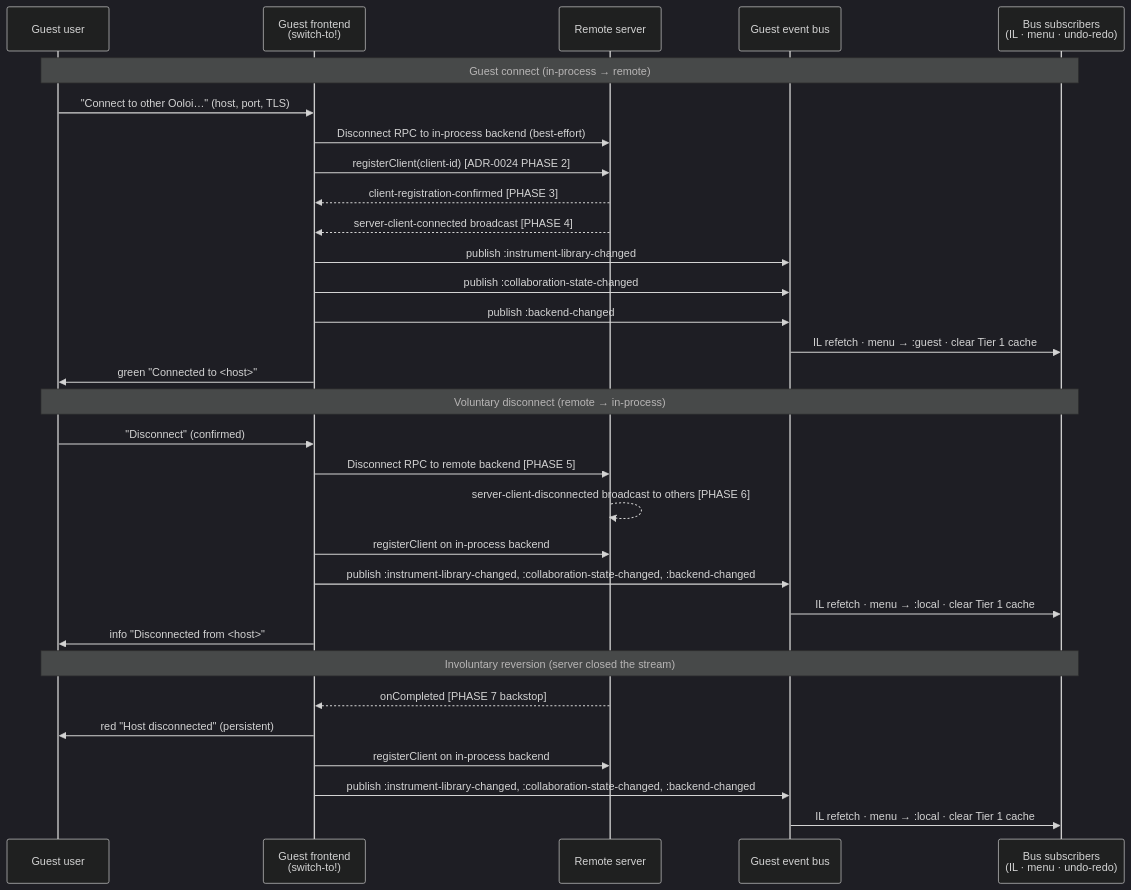
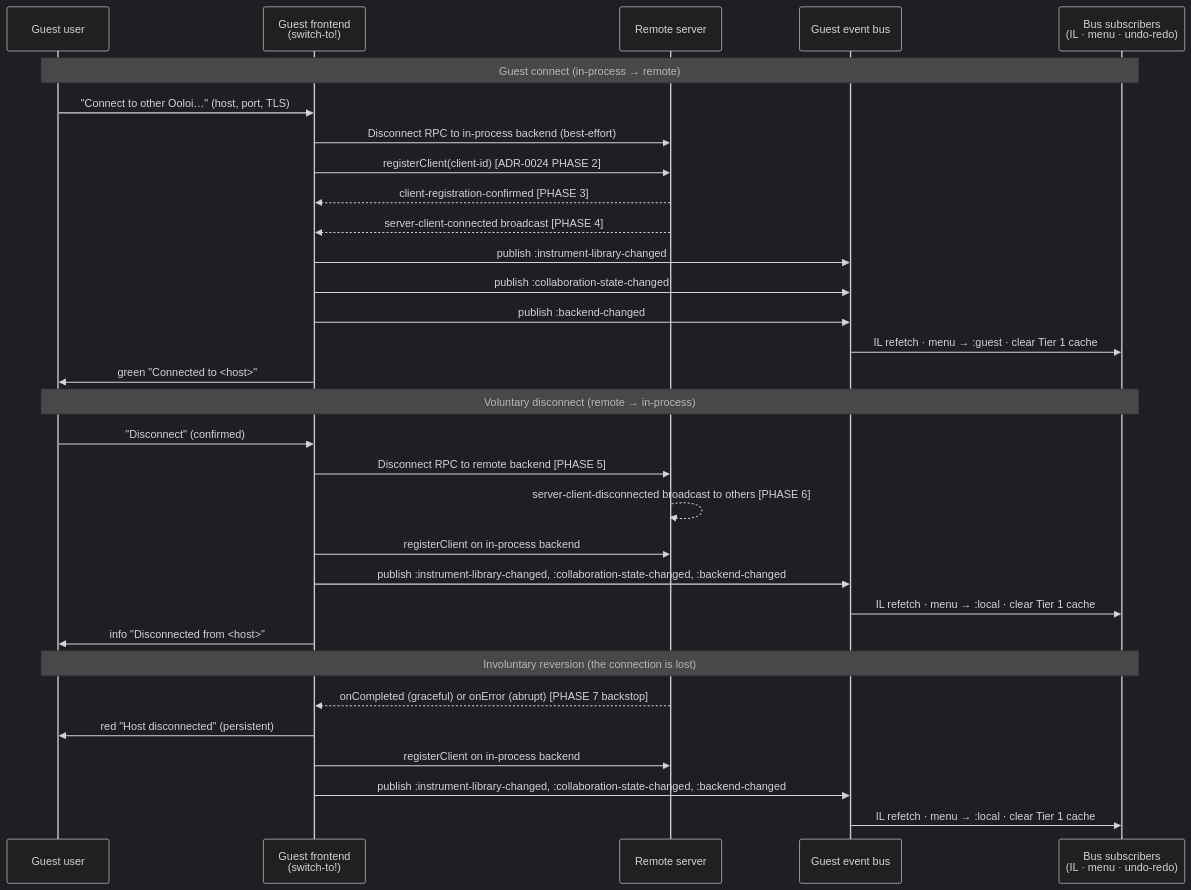
The third of 3 diagrams in ADRs/0036-Collaborative-Sessions-and-Hybrid-Transport.md (PeterBengtson/Ooloi-docs), drawn with Mermaid (dark theme) before and after one commit. The commit also changed other lines of this file and 3 other files, not shown here.

````diff
--- a/ADRs/0036-Collaborative-Sessions-and-Hybrid-Transport.md
+++ b/ADRs/0036-Collaborative-Sessions-and-Hybrid-Transport.md
@@ -320,36 +320,36 @@
 ```mermaid
 sequenceDiagram
     participant U as Guest user
     participant FE as Guest frontend<br/>(switch-to!)
     participant SRV as Remote server
     participant BUS as Guest event bus
     participant SUB as Bus subscribers<br/>(IL · menu · undo-redo)
 
     Note over U,SUB: Guest connect (in-process → remote)
     U->>FE: "Connect to other Ooloi…" (host, port, TLS)
     FE->>SRV: Disconnect RPC to in-process backend (best-effort)
     FE->>SRV: registerClient(client-id)  [ADR-0024 PHASE 2]
     SRV-->>FE: client-registration-confirmed  [PHASE 3]
     SRV-->>FE: server-client-connected broadcast  [PHASE 4]
     FE->>BUS: publish :instrument-library-changed
     FE->>BUS: publish :collaboration-state-changed
     FE->>BUS: publish :backend-changed
     BUS->>SUB: IL refetch · menu → :guest · clear Tier 1 cache
     FE->>U: green "Connected to <host>"
 
     Note over U,SUB: Voluntary disconnect (remote → in-process)
     U->>FE: "Disconnect" (confirmed)
     FE->>SRV: Disconnect RPC to remote backend  [PHASE 5]
     SRV-->>SRV: server-client-disconnected broadcast to others  [PHASE 6]
     FE->>SRV: registerClient on in-process backend
     FE->>BUS: publish :instrument-library-changed, :collaboration-state-changed, :backend-changed
     BUS->>SUB: IL refetch · menu → :local · clear Tier 1 cache
     FE->>U: info "Disconnected from <host>"
 
-    Note over U,SUB: Involuntary reversion (server closed the stream)
-    SRV-->>FE: onCompleted  [PHASE 7 backstop]
+    Note over U,SUB: Involuntary reversion (the connection is lost)
+    SRV-->>FE: onCompleted (graceful) or onError (abrupt)  [PHASE 7 backstop]
     FE->>U: red "Host disconnected" (persistent)
     FE->>SRV: registerClient on in-process backend
     FE->>BUS: publish :instrument-library-changed, :collaboration-state-changed, :backend-changed
     BUS->>SUB: IL refetch · menu → :local · clear Tier 1 cache
 ```
````
